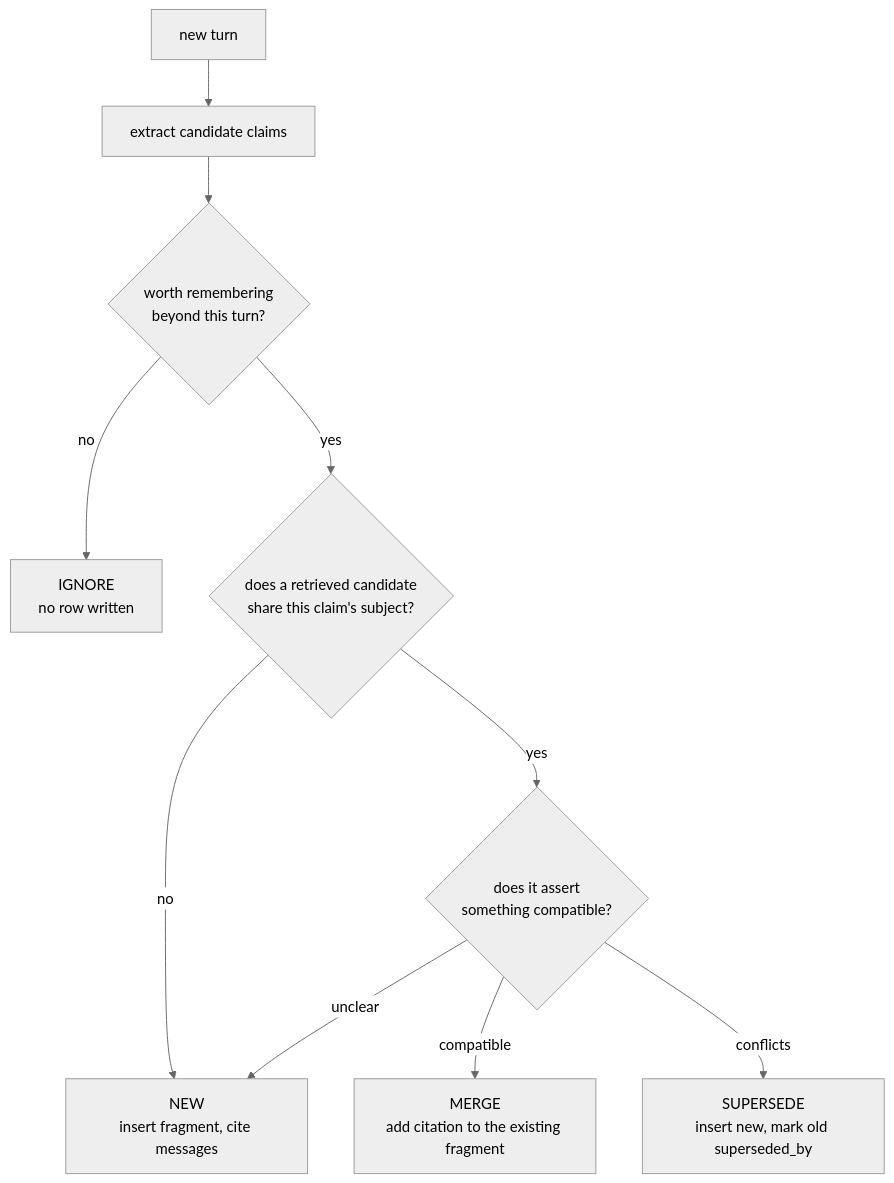
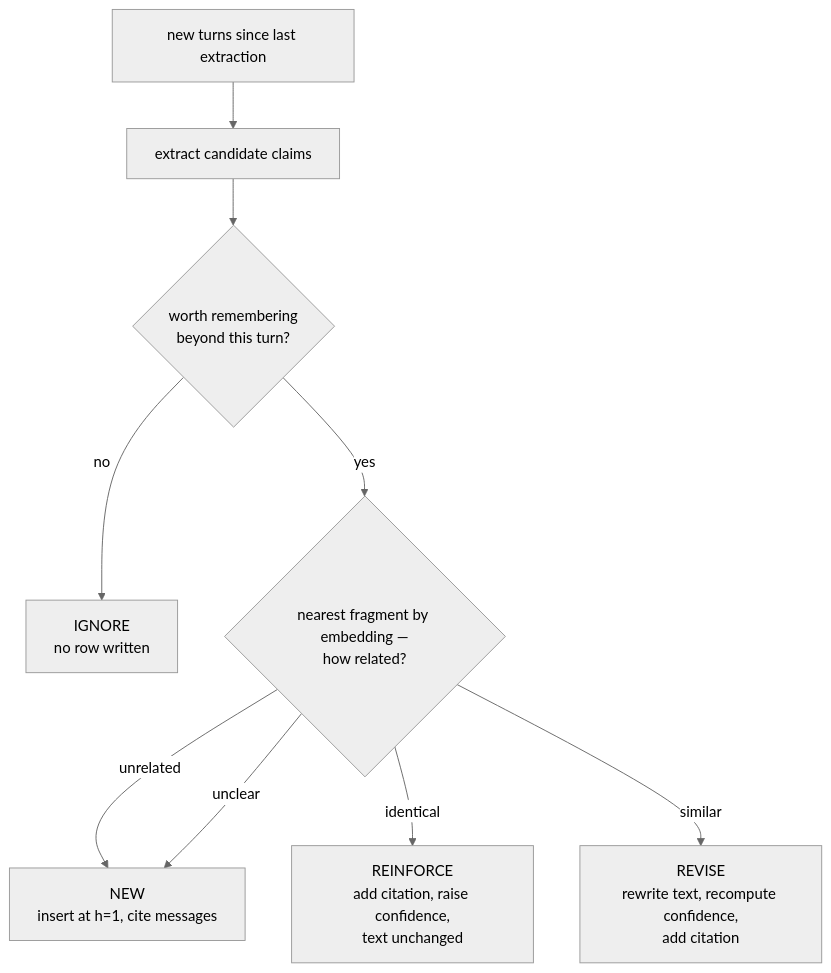
One commit to Alorcus/agent_project changed the sixth of 10 diagrams in docs/plans/memory-and-groups.md. Above: the diagram before and after it, drawn with Mermaid (neutral theme). The commit also changed other lines of this file, not shown here.

````diff
--- a/docs/plans/memory-and-groups.md
+++ b/docs/plans/memory-and-groups.md
@@ -375,12 +451,11 @@
 ```mermaid
 flowchart TD
-    turn["new turn"] --> claims["extract candidate claims"]
+    turn["new turns since last extraction"] --> claims["extract candidate claims"]
     claims --> q0{"worth remembering<br/>beyond this turn?"}
     q0 -->|no| ignore["IGNORE<br/>no row written"]
-    q0 -->|yes| match{"does a retrieved candidate<br/>share this claim's subject?"}
-    match -->|no| new["NEW<br/>insert fragment, cite messages"]
-    match -->|yes| compat{"does it assert<br/>something compatible?"}
-    compat -->|compatible| merge["MERGE<br/>add citation to the existing fragment"]
-    compat -->|conflicts| sup["SUPERSEDE<br/>insert new, mark old superseded_by"]
-    compat -->|unclear| new
+    q0 -->|yes| match{"nearest fragment by embedding —<br/>how related?"}
+    match -->|unrelated| new["NEW<br/>insert at h=1, cite messages"]
+    match -->|identical| reinforce["REINFORCE<br/>add citation, raise confidence,<br/>text unchanged"]
+    match -->|similar| revise["REVISE<br/>rewrite text, recompute confidence,<br/>add citation"]
+    match -->|unclear| new
 ```
````
